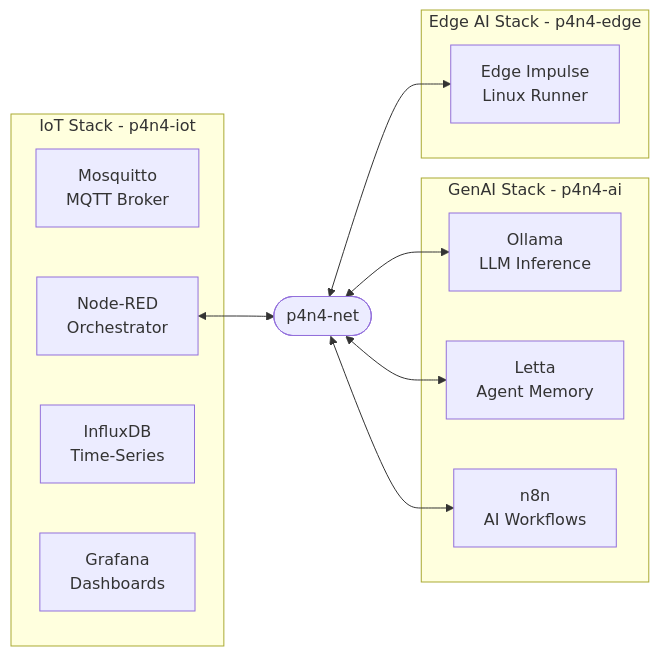
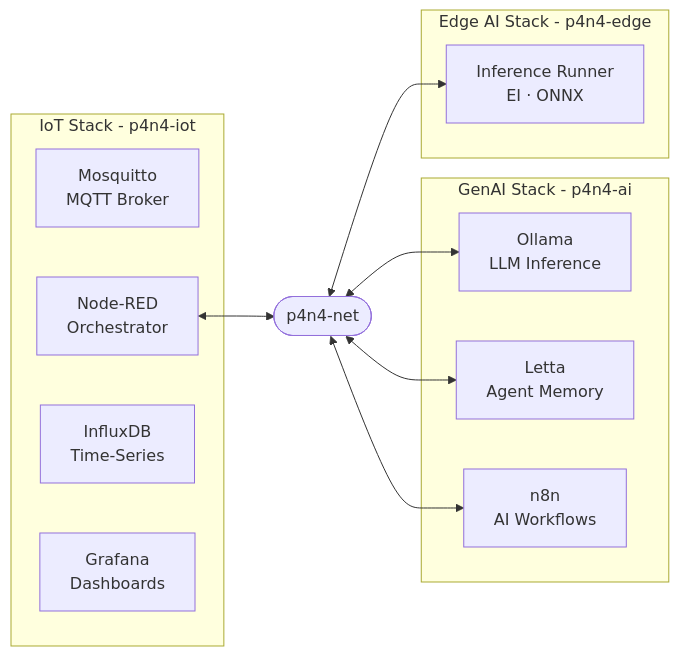
Before and after one commit to raisga/p4n4-docs: the first of 2 diagrams in README.md, drawn with Mermaid. The commit also changed other lines of this file and 13 other files, not shown here.

Commit message:
docs: sync docs with api, dashboard, edge runner changes

````diff
--- a/README.md
+++ b/README.md
@@ -62,27 +64,27 @@
 ```mermaid
 graph LR
     subgraph iot["IoT Stack - p4n4-iot"]
         Mosquitto["Mosquitto<br/>MQTT Broker"]
         NodeRED["Node-RED<br/>Orchestrator"]
         InfluxDB["InfluxDB<br/>Time-Series"]
         Grafana["Grafana<br/>Dashboards"]
     end
 
     subgraph ai["GenAI Stack - p4n4-ai"]
         Ollama["Ollama<br/>LLM Inference"]
         Letta["Letta<br/>Agent Memory"]
         n8n["n8n<br/>AI Workflows"]
     end
 
     subgraph edge["Edge AI Stack - p4n4-edge"]
-        EI["Edge Impulse<br/>Linux Runner"]
+        EI["Inference Runner<br/>EI · ONNX"]
     end
 
     net(["p4n4-net"])
 
     NodeRED <--> net
     net <--> Ollama
     net <--> Letta
     net <--> n8n
     net <--> EI
 ```
````
